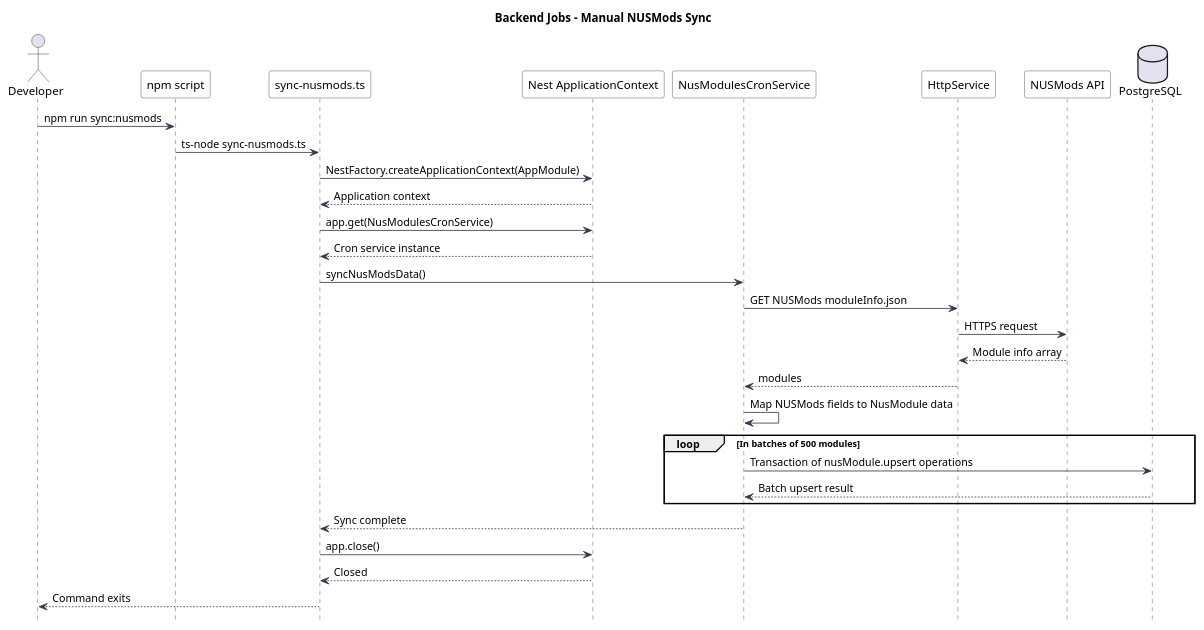
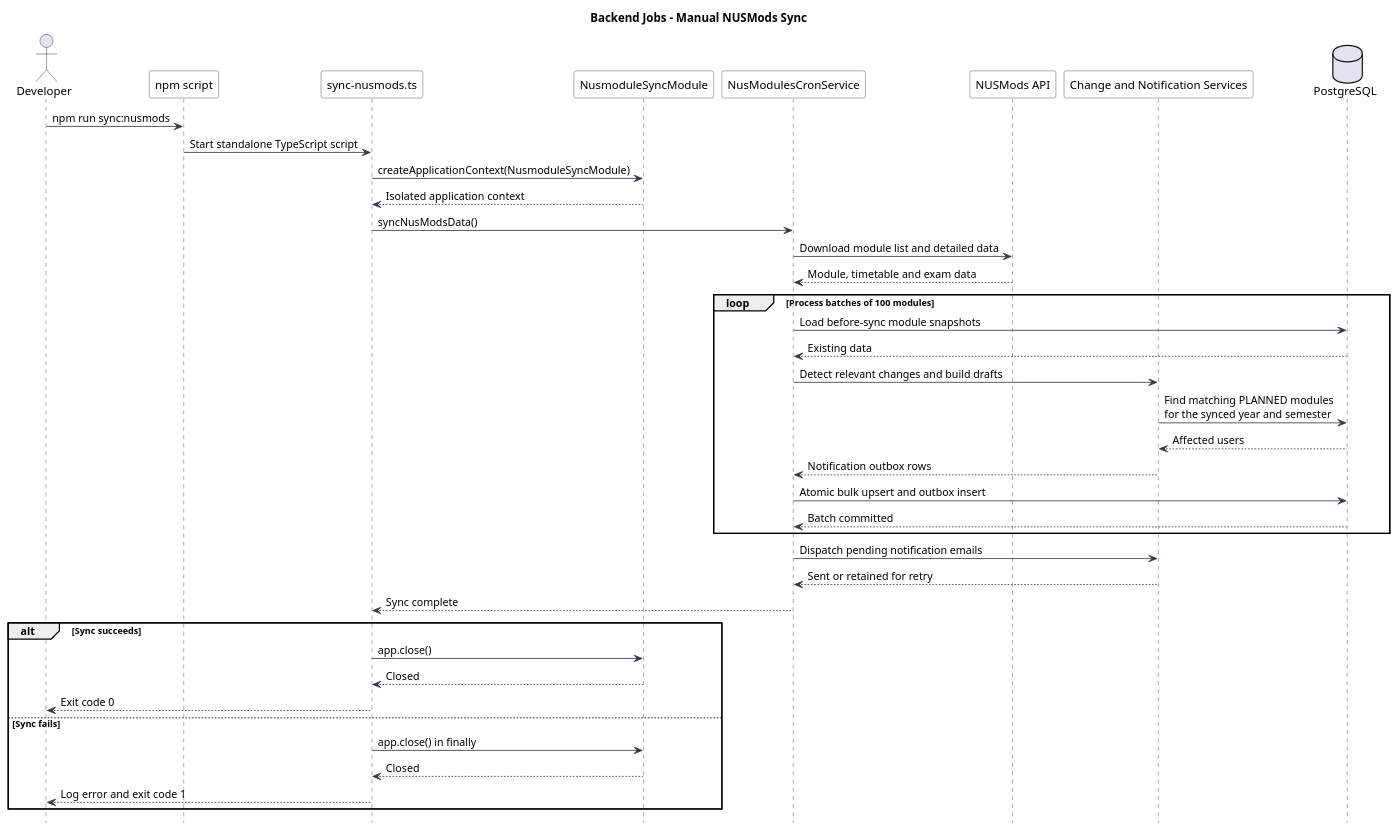
One commit to Shum-ster/nusmodumind changed the diagram in diagrams/sequences/21_backend_manual_nusmods_sync.wsd. Above: the diagram before and after it, drawn with PlantUML. The commit also changed 11 other files, not shown here.

Commit message:
Updated sequence diagrams and erd

```diff
--- a/diagrams/sequences/21_backend_manual_nusmods_sync.wsd
+++ b/diagrams/sequences/21_backend_manual_nusmods_sync.wsd
@@ -1,46 +1,56 @@
 @startuml Backend_Manual_NUSMods_Sync_Sequence
 
 title Backend Jobs - Manual NUSMods Sync
 
 hide footbox
 skinparam shadowing false
 skinparam sequence {
     ArrowColor #2F3A4A
     LifeLineBorderColor #2F3A4A
     ParticipantBorderColor #2F3A4A
     ParticipantBackgroundColor #FFFFFF
 }
 
 actor Developer
 participant "npm script" as NpmScript
 participant "sync-nusmods.ts" as SyncScript
-participant "Nest ApplicationContext" as AppContext
+participant "NusmoduleSyncModule" as SyncModule
 participant "NusModulesCronService" as CronService
-participant "HttpService" as HttpService
 participant "NUSMods API" as NUSModsApi
+participant "Change and Notification Services" as ChangeServices
 database "PostgreSQL" as DB
 
 Developer -> NpmScript : npm run sync:nusmods
-NpmScript -> SyncScript : ts-node sync-nusmods.ts
-SyncScript -> AppContext : NestFactory.createApplicationContext(AppModule)
-AppContext --> SyncScript : Application context
-SyncScript -> AppContext : app.get(NusModulesCronService)
-AppContext --> SyncScript : Cron service instance
+NpmScript -> SyncScript : Start standalone TypeScript script
+SyncScript -> SyncModule : createApplicationContext(NusmoduleSyncModule)
+SyncModule --> SyncScript : Isolated application context
 SyncScript -> CronService : syncNusModsData()
-CronService -> HttpService : GET NUSMods moduleInfo.json
-HttpService -> NUSModsApi : HTTPS request
-NUSModsApi --> HttpService : Module info array
-HttpService --> CronService : modules
-CronService -> CronService : Map NUSMods fields to NusModule data
+CronService -> NUSModsApi : Download module list and detailed data
+NUSModsApi --> CronService : Module, timetable and exam data
 
-loop In batches of 500 modules
-    CronService -> DB : Transaction of nusModule.upsert operations
-    DB --> CronService : Batch upsert result
+loop Process batches of 100 modules
+    CronService -> DB : Load before-sync module snapshots
+    DB --> CronService : Existing data
+    CronService -> ChangeServices : Detect relevant changes and build drafts
+    ChangeServices -> DB : Find matching PLANNED modules\nfor the synced year and semester
+    DB --> ChangeServices : Affected users
+    ChangeServices --> CronService : Notification outbox rows
+    CronService -> DB : Atomic bulk upsert and outbox insert
+    DB --> CronService : Batch committed
 end
 
+CronService -> ChangeServices : Dispatch pending notification emails
+ChangeServices --> CronService : Sent or retained for retry
 CronService --> SyncScript : Sync complete
-SyncScript -> AppContext : app.close()
-AppContext --> SyncScript : Closed
-SyncScript --> Developer : Command exits
+
+alt Sync succeeds
+    SyncScript -> SyncModule : app.close()
+    SyncModule --> SyncScript : Closed
+    SyncScript --> Developer : Exit code 0
+else Sync fails
+    SyncScript -> SyncModule : app.close() in finally
+    SyncModule --> SyncScript : Closed
+    SyncScript --> Developer : Log error and exit code 1
+end
 
 @enduml
```
